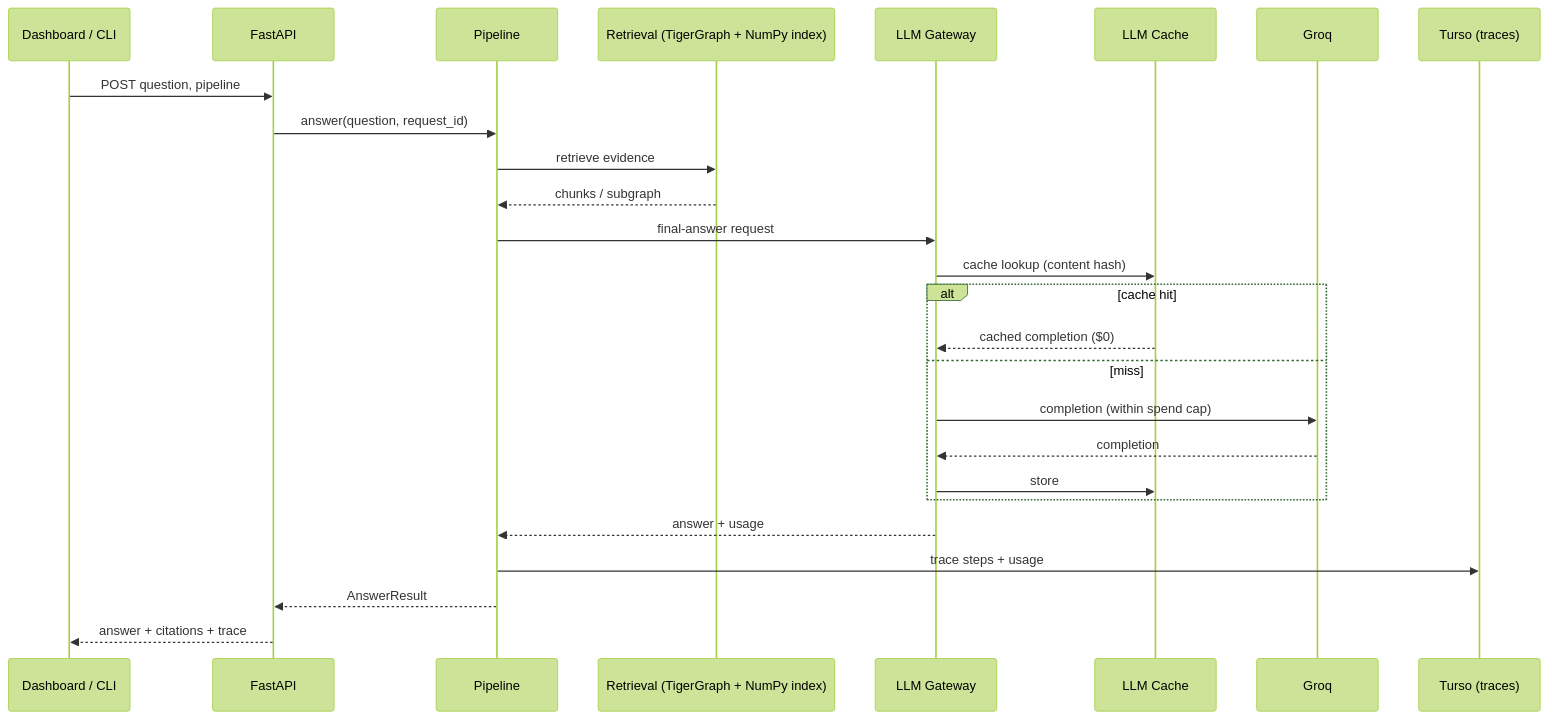
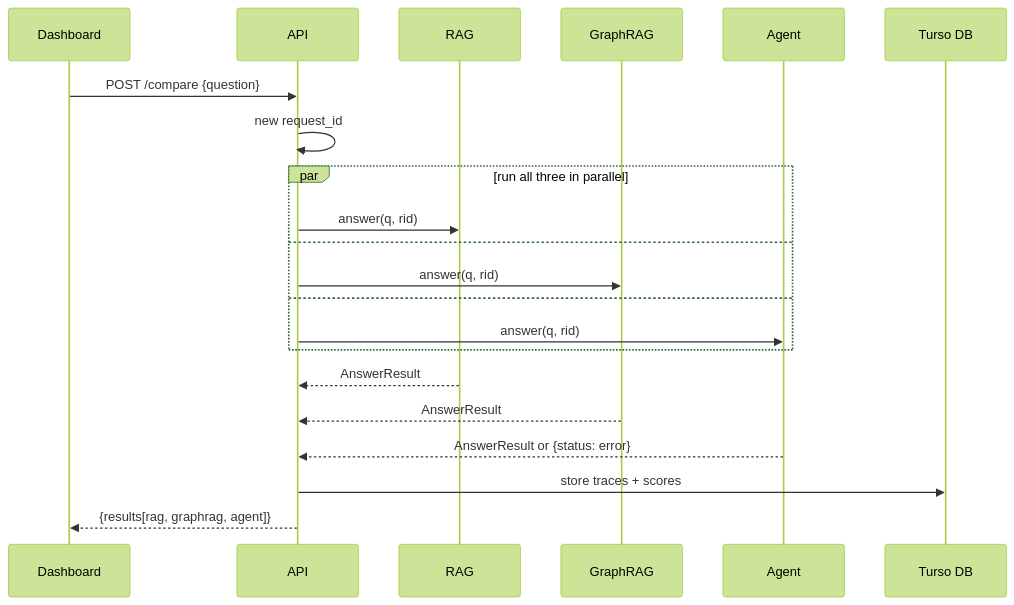
One commit to Tetra4ge/Interlock-TG changed the fifth of 5 diagrams in README.md. Above: the diagram before and after it, drawn with Mermaid (forest theme). The commit also changed other lines of this file, not shown here.

````diff
--- a/README.md
+++ b/README.md
@@ -478,29 +211,24 @@
 ```mermaid
 sequenceDiagram
-    participant D as Dashboard / CLI
-    participant API as FastAPI
-    participant P as Pipeline
-    participant RET as Retrieval (TigerGraph + NumPy index)
-    participant GW as LLM Gateway
-    participant C as LLM Cache
-    participant G as Groq
-    participant DB as Turso (traces)
+    participant U as Dashboard
+    participant A as API
+    participant R as RAG
+    participant G as GraphRAG
+    participant Ag as Agent
+    participant S as Turso DB
 
-    D->>API: POST question, pipeline
-    API->>P: answer(question, request_id)
-    P->>RET: retrieve evidence
-    RET-->>P: chunks / subgraph
-    P->>GW: final-answer request
-    GW->>C: cache lookup (content hash)
-    alt cache hit
-        C-->>GW: cached completion ($0)
-    else miss
-        GW->>G: completion (within spend cap)
-        G-->>GW: completion
-        GW->>C: store
+    U->>A: POST /compare {question}
+    A->>A: new request_id
+    par run all three in parallel
+        A->>R: answer(q, rid)
+    and
+        A->>G: answer(q, rid)
+    and
+        A->>Ag: answer(q, rid)
     end
-    GW-->>P: answer + usage
-    P->>DB: trace steps + usage
-    P-->>API: AnswerResult
-    API-->>D: answer + citations + trace
+    R-->>A: AnswerResult
+    G-->>A: AnswerResult
+    Ag-->>A: AnswerResult or {status: error}
+    A->>S: store traces + scores
+    A-->>U: {results[rag, graphrag, agent]}
 ```
````
